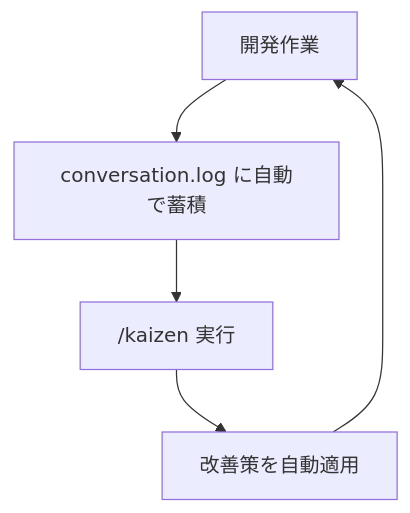
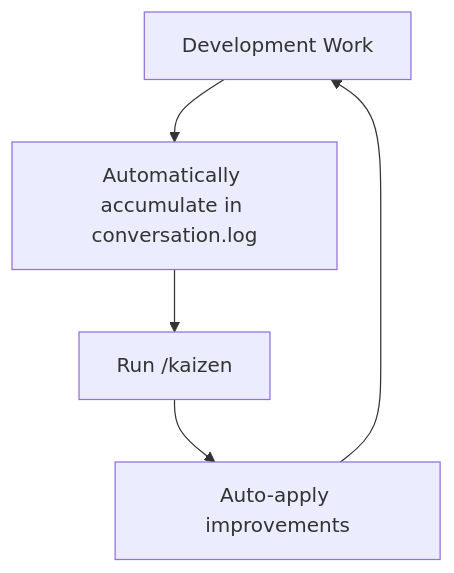
Before and after one commit to raiich/jumpstarter: the diagram in README.md, drawn with Mermaid. The commit also changed other lines of this file and 14 other files, not shown here.

````diff
--- a/README.md
+++ b/README.md
@@ -34,7 +34,7 @@
 ```mermaid
 flowchart TD
-    A[開発作業] --> B[conversation.log に自動で蓄積]
-    B --> C[ /kaizen 実行]
-    C --> D[改善策を自動適用]
+    A[Development Work] --> B[Automatically accumulate in conversation.log]
+    B --> C[Run /kaizen]
+    C --> D[Auto-apply improvements]
     D --> A
 ```
````
